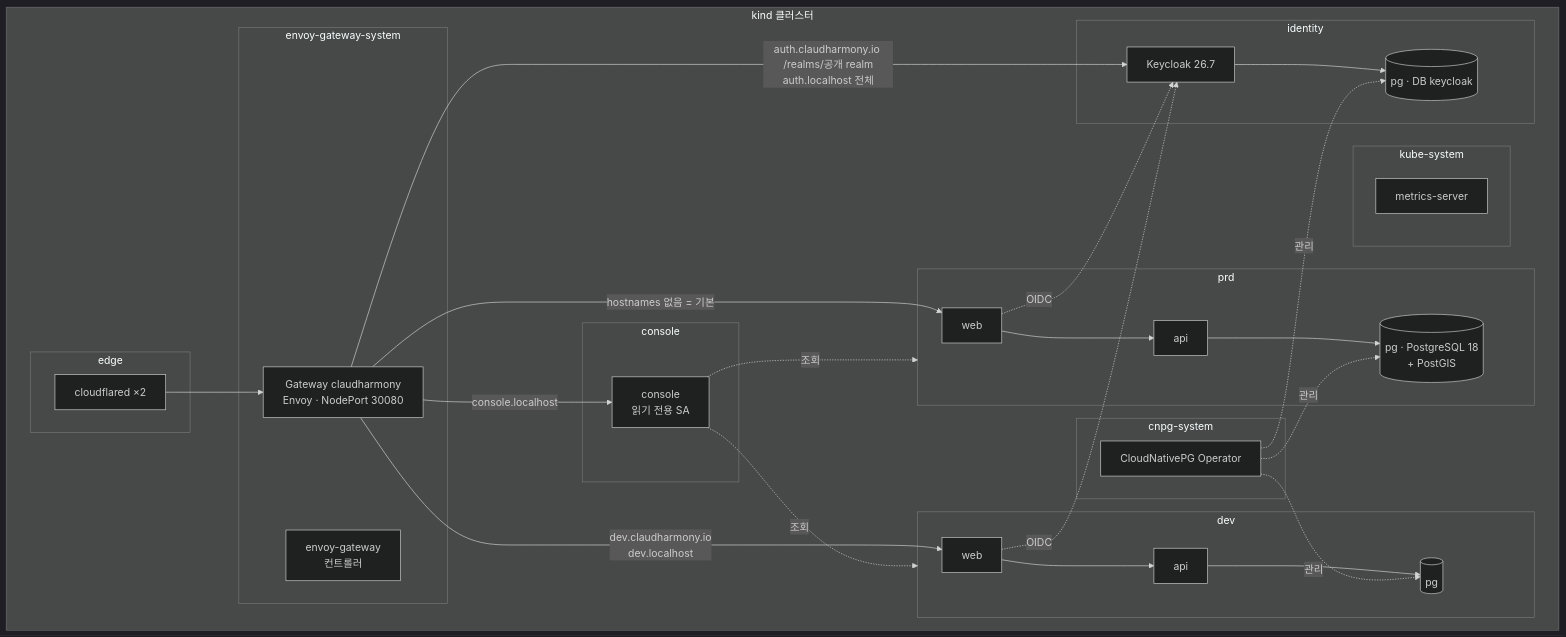
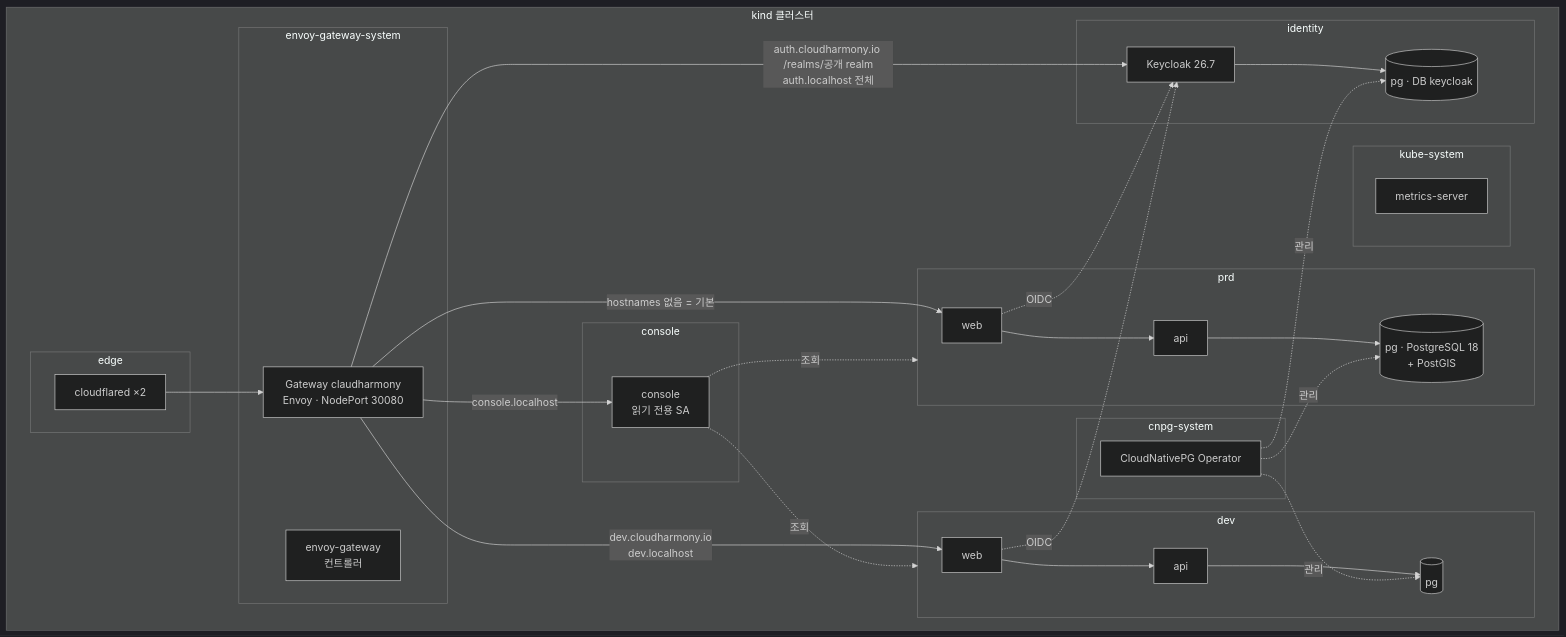
One commit to ParkSeWoo/claudharmony-infra changed the third of 6 diagrams in docs/01-architecture.md. Above: the diagram before and after it, drawn with Mermaid (dark theme). The commit also changed other lines of this file and 10 other files, not shown here.

````diff
--- a/docs/01-architecture.md
+++ b/docs/01-architecture.md
@@ -61,38 +61,38 @@
 ```mermaid
 flowchart TB
     subgraph K8S[kind 클러스터]
       subgraph EGS[envoy-gateway-system]
         EG[envoy-gateway<br/>컨트롤러]
         GW[Gateway claudharmony<br/>Envoy · NodePort 30080]
       end
       subgraph EDGE[edge]
         CFD[cloudflared ×2]
       end
       subgraph PRD[prd]
         PW[web] --> PA[api] --> PPG[(pg · PostgreSQL 18<br/>+ PostGIS)]
       end
       subgraph DEV[dev]
         DW[web] --> DA[api] --> DPG[(pg)]
       end
       subgraph CON[console]
         C[console<br/>읽기 전용 SA]
       end
       subgraph CNPG[cnpg-system]
         OP[CloudNativePG Operator]
       end
       subgraph KS[kube-system]
         MS[metrics-server]
       end
       subgraph IDN[identity]
         KC[Keycloak 26.7] --> KPG[(pg · DB keycloak)]
       end
       CFD --> GW
-      GW -->|auth.claudharmony.io /realms/공개 realm<br/>auth.localhost 전체| KC
+      GW -->|auth.cloudharmony.io /realms/공개 realm<br/>auth.localhost 전체| KC
       GW -->|hostnames 없음 = 기본| PW
-      GW -->|dev.claudharmony.io<br/>dev.localhost| DW
+      GW -->|dev.cloudharmony.io<br/>dev.localhost| DW
       GW -->|console.localhost| C
       OP -. 관리 .-> PPG & DPG & KPG
       PW & DW -. OIDC .-> KC
       C -. 조회 .-> PRD & DEV
     end
 ```
````
